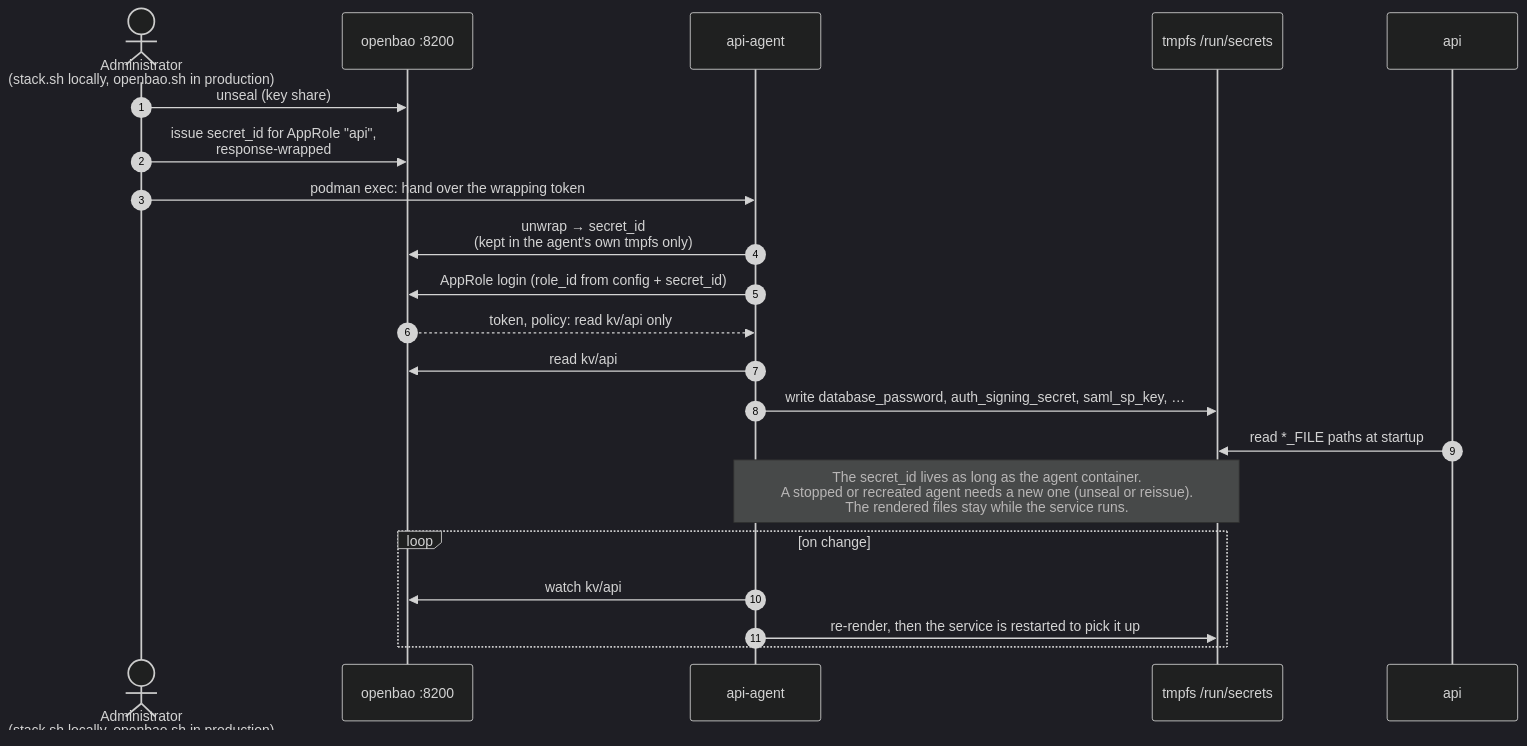
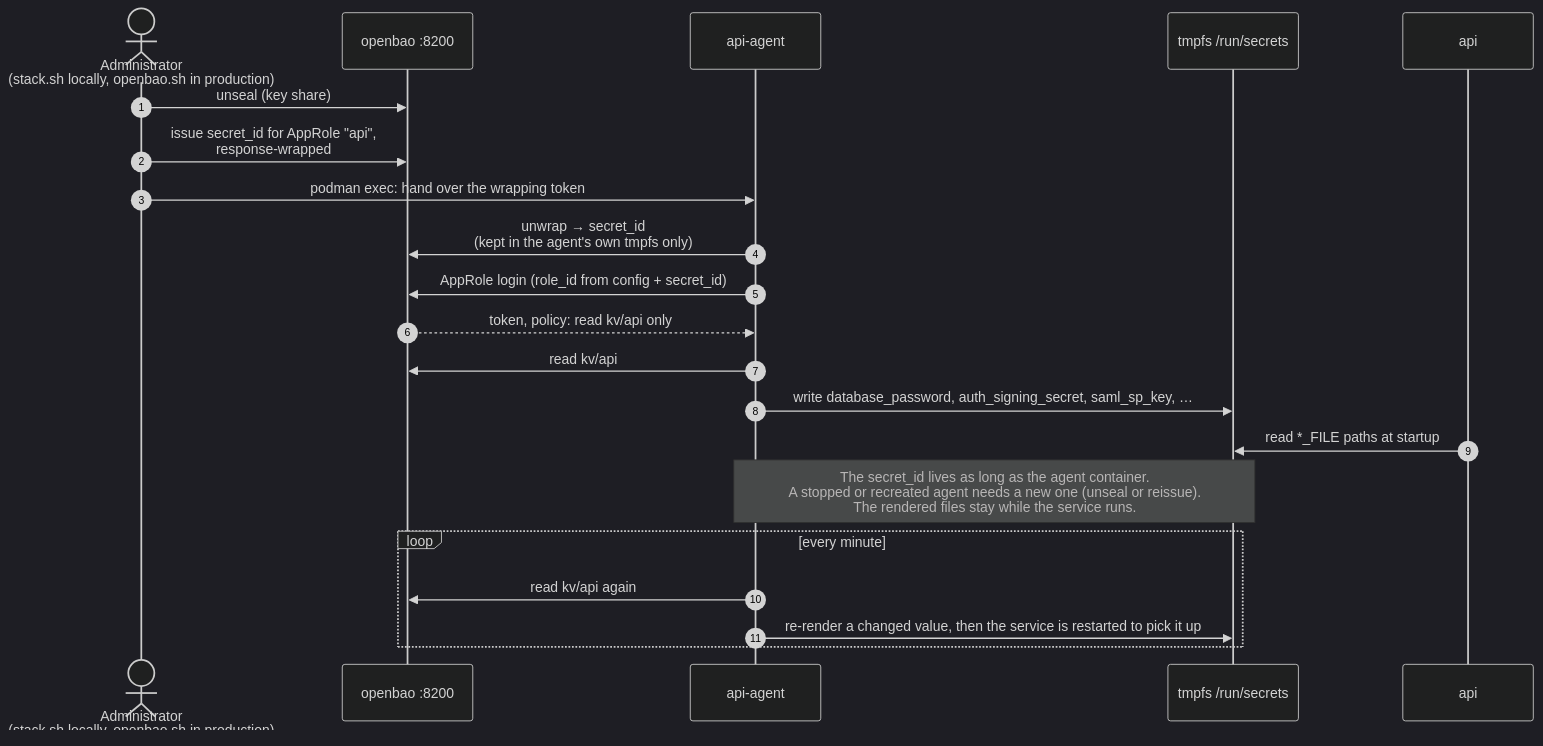
The third of 3 diagrams in docs/adr_v2/diagrams/startup-and-secrets.md (rabalyn/feathers-skeleton-stack), drawn with Mermaid (dark theme) before and after one commit. The commit also changed other lines of this file and 9 other files, not shown here.

First line of the commit message:
docs(diagrams): match the pages to the ADRs and the code

````diff
--- a/docs/adr_v2/diagrams/startup-and-secrets.md
+++ b/docs/adr_v2/diagrams/startup-and-secrets.md
@@ -55,24 +54,24 @@
 ```mermaid
 sequenceDiagram
   autonumber
   actor admin as Administrator<br>(stack.sh locally, openbao.sh in production)
   participant bao as openbao :8200
   participant agent as api-agent
   participant tmpfs as tmpfs /run/secrets
   participant api
 
   admin->>bao: unseal (key share)
   admin->>bao: issue secret_id for AppRole "api",<br>response-wrapped
   admin->>agent: podman exec: hand over the wrapping token
   agent->>bao: unwrap → secret_id<br>(kept in the agent's own tmpfs only)
   agent->>bao: AppRole login (role_id from config + secret_id)
   bao-->>agent: token, policy: read kv/api only
   agent->>bao: read kv/api
   agent->>tmpfs: write database_password, auth_signing_secret, saml_sp_key, …
   api->>tmpfs: read *_FILE paths at startup
   Note over agent,tmpfs: The secret_id lives as long as the agent container.<br>A stopped or recreated agent needs a new one (unseal or reissue).<br>The rendered files stay while the service runs.
-  loop on change
-    agent->>bao: watch kv/api
-    agent->>tmpfs: re-render, then the service is restarted to pick it up
+  loop every minute
+    agent->>bao: read kv/api again
+    agent->>tmpfs: re-render a changed value, then the service is restarted to pick it up
   end
 ```
````
